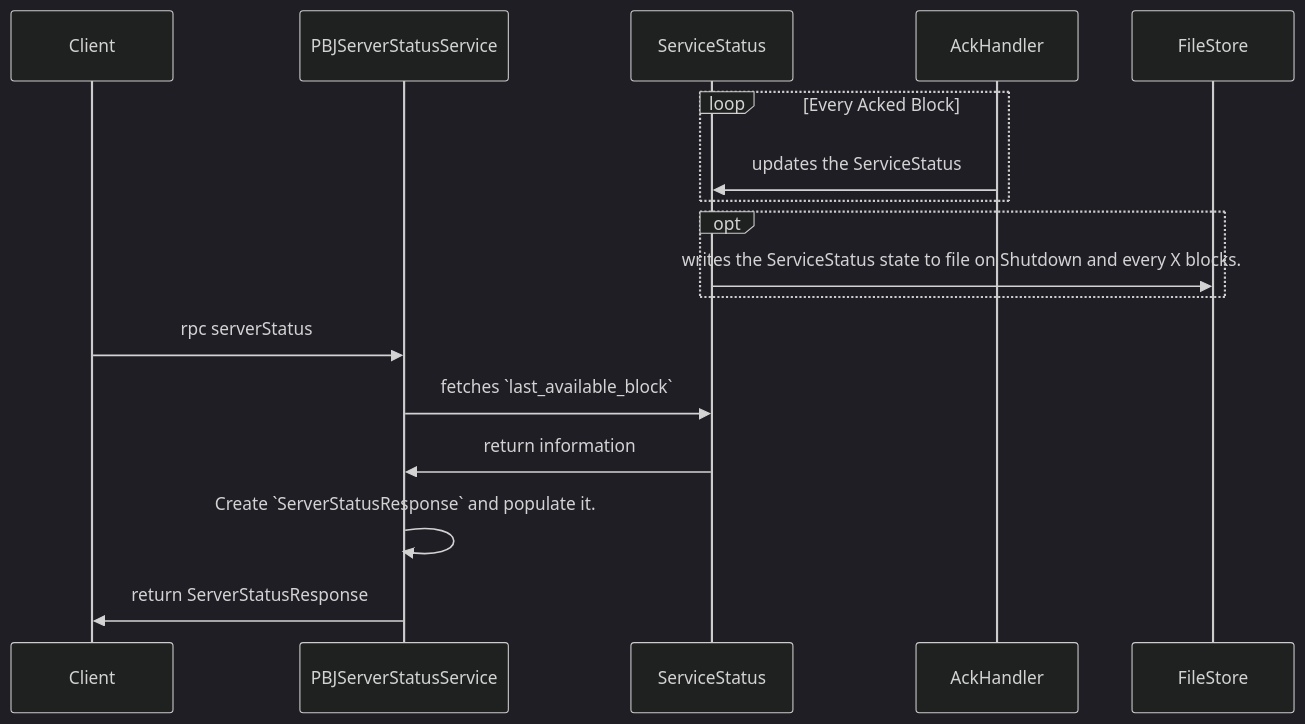
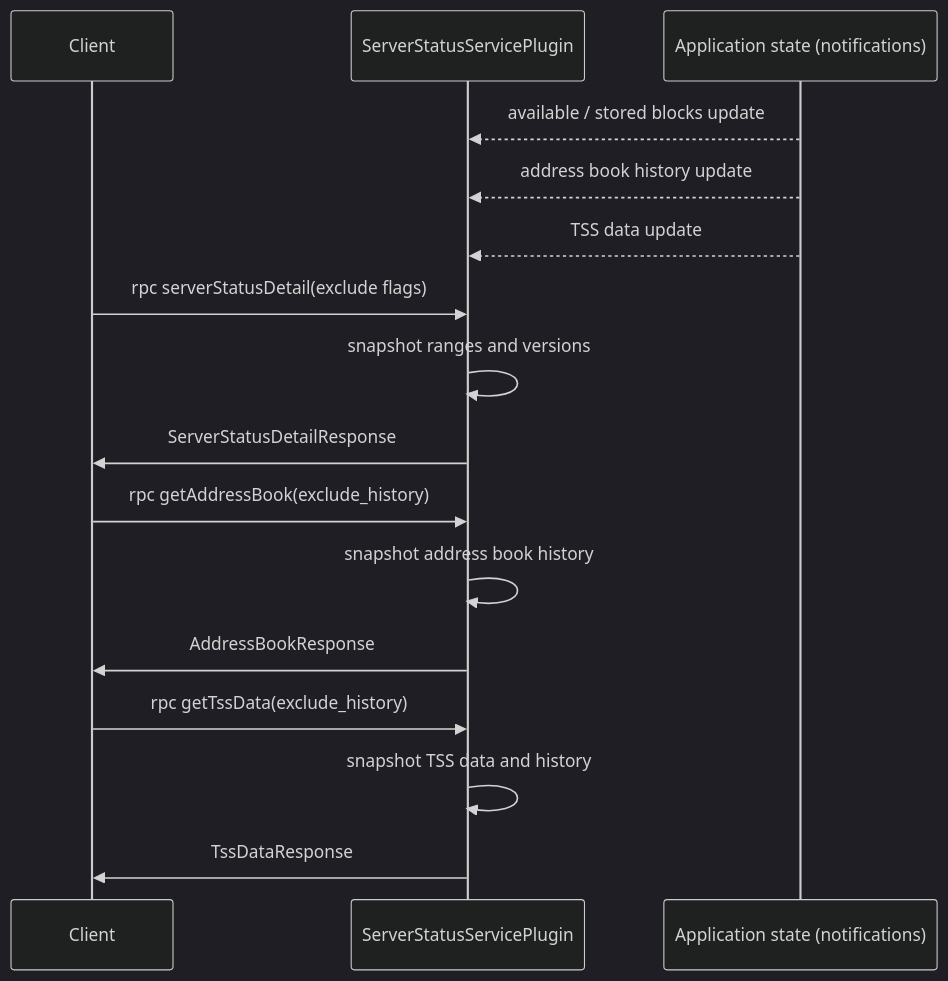
Before and after one commit to hiero-ledger/hiero-docs: the diagram in block-node/design/apis/server-status-api.md, drawn with Mermaid (dark theme). The commit also changed other lines of this file and 13 other files, not shown here.

````diff
--- a/block-node/design/apis/server-status-api.md
+++ b/block-node/design/apis/server-status-api.md
@@ -68,21 +117,22 @@
 ```mermaid
 sequenceDiagram
     participant C as Client
-    participant PBJ as PBJServerStatusService
-    participant SS as ServiceStatus
-    participant AH as AckHandler
-    participant F as FileStore
+    participant P as ServerStatusServicePlugin
+    participant AS as Application state (notifications)
 
-   loop Every Acked Block
-      AH->>SS: updates the ServiceStatus
-   end
-   opt
-   SS->>F: writes the ServiceStatus state to file on Shutdown and every X blocks.
-   end
-    C->>PBJ: rpc serverStatus
-    PBJ->>SS: fetches `last_available_block`
-    SS->>PBJ: return information
-    PBJ->>PBJ: Create `ServerStatusResponse` and populate it.
-    PBJ->>C: return ServerStatusResponse
+    AS-->>P: available / stored blocks update
+    AS-->>P: address book history update
+    AS-->>P: TSS data update
 
+    C->>P: rpc serverStatusDetail(exclude flags)
+    P->>P: snapshot ranges and versions
+    P->>C: ServerStatusDetailResponse
+
+    C->>P: rpc getAddressBook(exclude_history)
+    P->>P: snapshot address book history
+    P->>C: AddressBookResponse
+
+    C->>P: rpc getTssData(exclude_history)
+    P->>P: snapshot TSS data and history
+    P->>C: TssDataResponse
 ```
````
